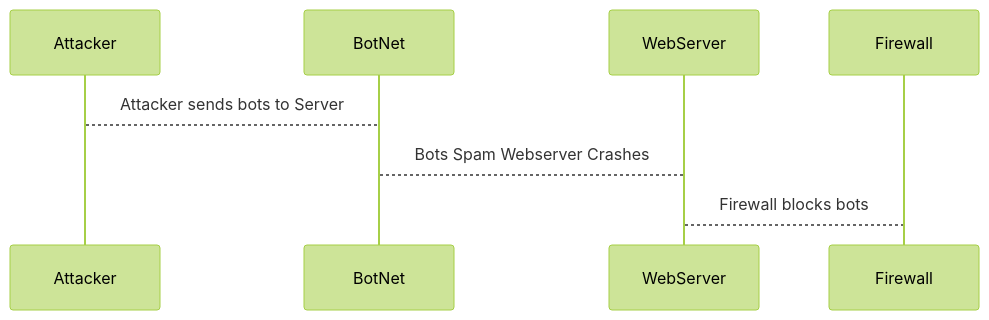
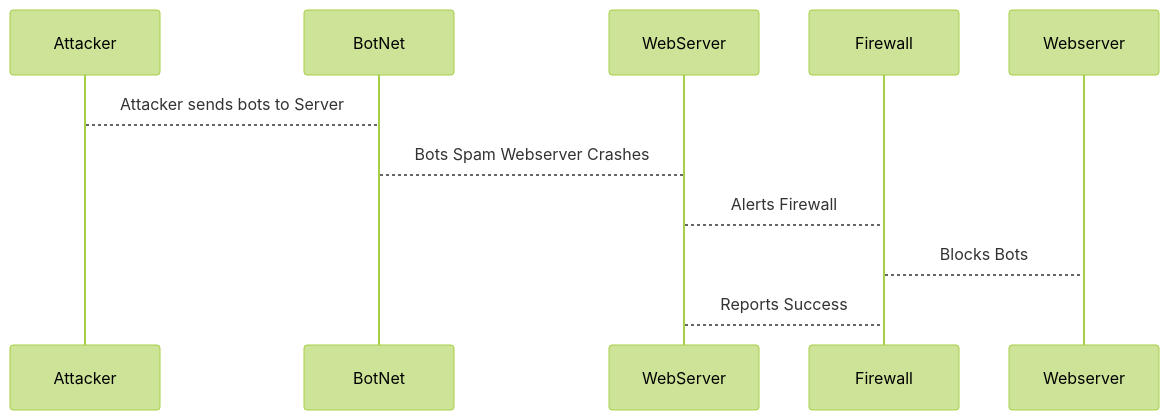
One commit to jesher123/DDoS_Attack_Sequence.md. changed the diagram in README.md. Above: the diagram before and after it, drawn with Mermaid (forest theme).

````diff
--- a/README.md
+++ b/README.md
@@ -1,6 +1,8 @@
 ```mermaid
 sequenceDiagram
 Attacker-->BotNet: Attacker sends bots to Server
 BotNet-->WebServer: Bots Spam Webserver Crashes
-WebServer-->Firewall: Firewall blocks bots
+WebServer-->Firewall: Alerts Firewall
+Firewall-->Webserver: Blocks Bots
+WebServer-->Firewall: Reports Success
 ```
````
